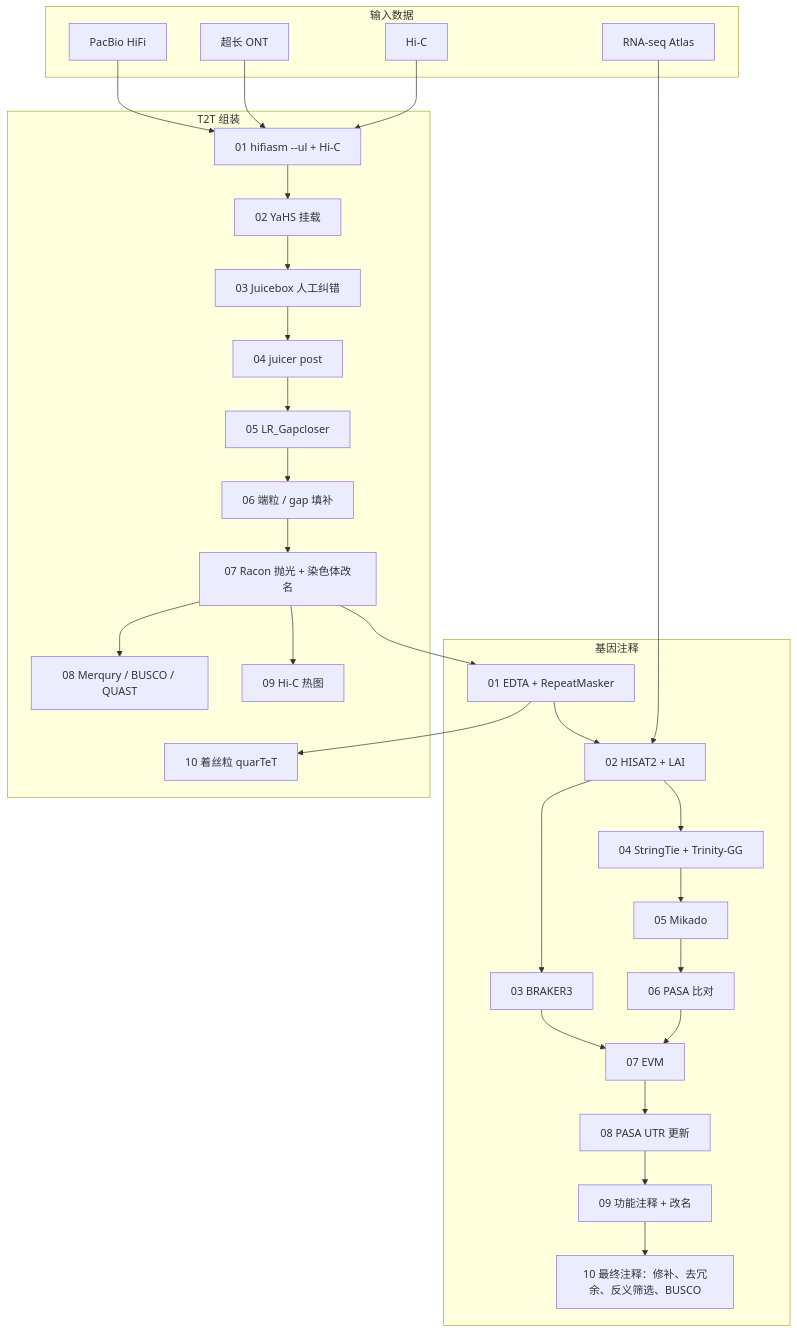
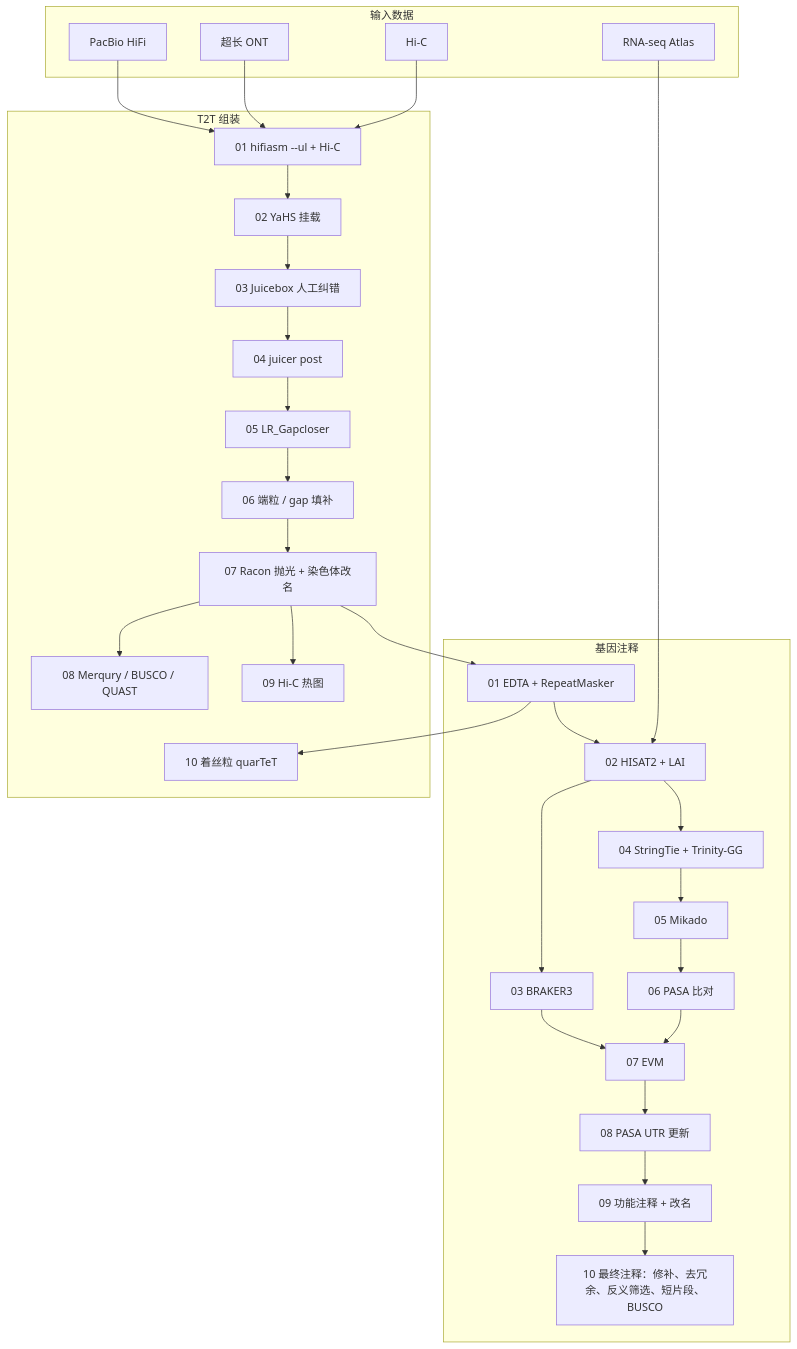
One commit to sibs-zz/soybean_assembly_annotation changed the diagram in README.zh-CN.md. Above: the diagram before and after it, drawn with Mermaid. The commit also changed other lines of this file and 5 other files, not shown here.

````diff
--- a/README.zh-CN.md
+++ b/README.zh-CN.md
@@ -13,47 +13,47 @@
 ```mermaid
 flowchart TD
   subgraph reads["输入数据"]
     HiFi["PacBio HiFi"]
     ONT["超长 ONT"]
     HiC["Hi-C"]
     RNA["RNA-seq Atlas"]
   end
 
   subgraph asm["T2T 组装"]
     A01["01 hifiasm --ul + Hi-C"]
     A02["02 YaHS 挂载"]
     A03["03 Juicebox 人工纠错"]
     A04["04 juicer post"]
     A05["05 LR_Gapcloser"]
     A06["06 端粒 / gap 填补"]
     A07["07 Racon 抛光 + 染色体改名"]
     A08["08 Merqury / BUSCO / QUAST"]
     A09["09 Hi-C 热图"]
     A10["10 着丝粒 quarTeT"]
   end
 
   subgraph ann["基因注释"]
     N01["01 EDTA + RepeatMasker"]
     N02["02 HISAT2 + LAI"]
     N03["03 BRAKER3"]
     N04["04 StringTie + Trinity-GG"]
     N05["05 Mikado"]
     N06["06 PASA 比对"]
     N07["07 EVM"]
     N08["08 PASA UTR 更新"]
     N09["09 功能注释 + 改名"]
-    N10["10 最终注释：修补、去冗余、反义筛选、BUSCO"]
+    N10["10 最终注释：修补、去冗余、反义筛选、短片段、BUSCO"]
   end
 
   HiFi --> A01
   ONT --> A01
   HiC --> A01
   A01 --> A02 --> A03 --> A04 --> A05 --> A06 --> A07
   A07 --> A08
   A07 --> A09
   N01 --> A10
   A07 --> N01 --> N02 --> N03
   RNA --> N02
   N02 --> N04 --> N05 --> N06 --> N07 --> N08 --> N09 --> N10
   N03 --> N07
 ```
````
